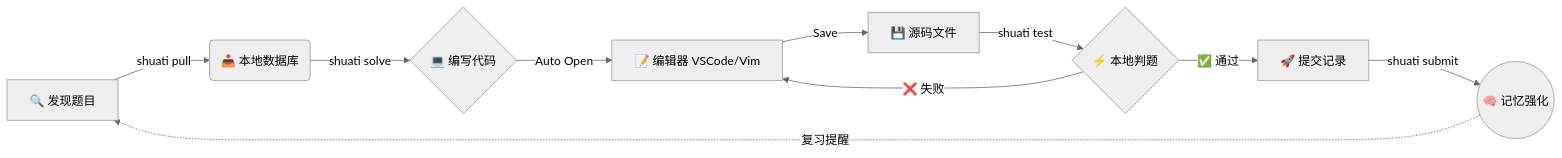
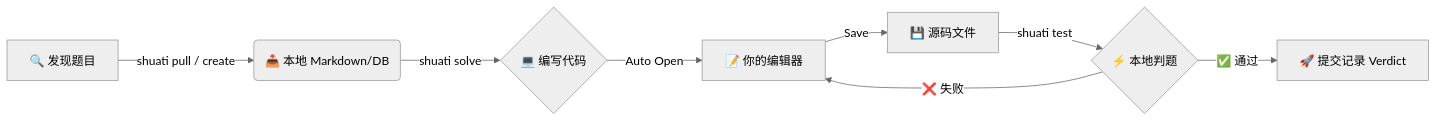
Before and after one commit to Xustalis/shuati-Cli: the diagram in README.md, drawn with Mermaid (neutral theme). The commit also changed other lines of this file, not shown here.

````diff
--- a/README.md
+++ b/README.md
@@ -33,13 +97,10 @@
 ```mermaid
 graph LR
-    A[🔍 发现题目] -->|shuati pull| B("📥 本地数据库")
-
+    A[🔍 发现题目] -->|shuati pull / create| B("📥 本地 Markdown/DB")
     B -->|shuati solve| C{💻 编写代码}
-    C -->|Auto Open| D[📝 编辑器 VSCode/Vim]
+    C -->|Auto Open| D[📝 你的编辑器]
     D -->|Save| E[💾 源码文件]
     E -->|shuati test| F{⚡ 本地判题}
     F -->|❌ 失败| D
-    F -->|✅ 通过| G[🚀 提交记录]
-    G -->|shuati submit| H((🧠 记忆强化))
-    H -.->|复习提醒| A
+    F -->|✅ 通过| G[🚀 提交记录 Verdict]
 ```
````
